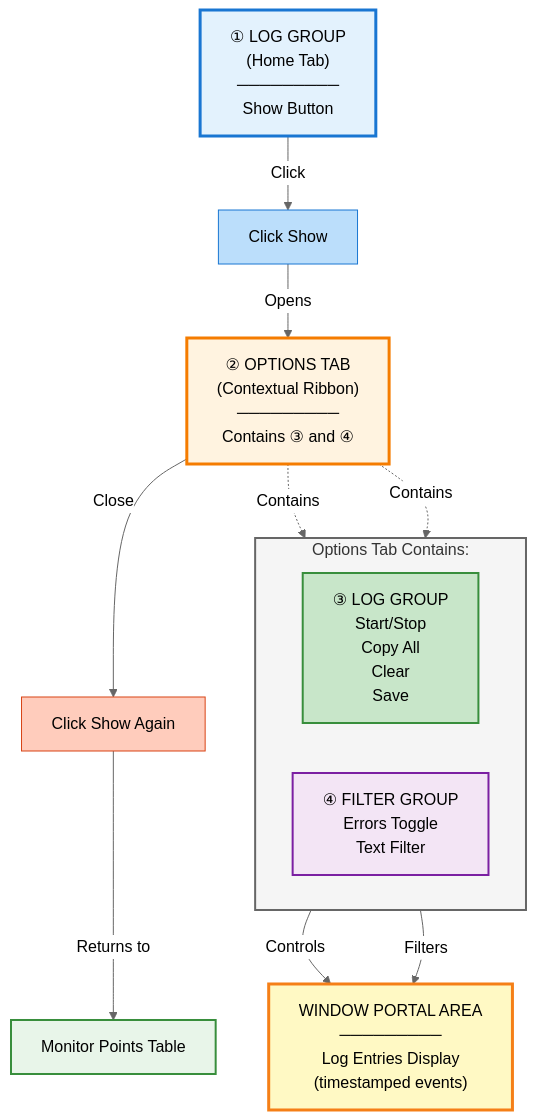
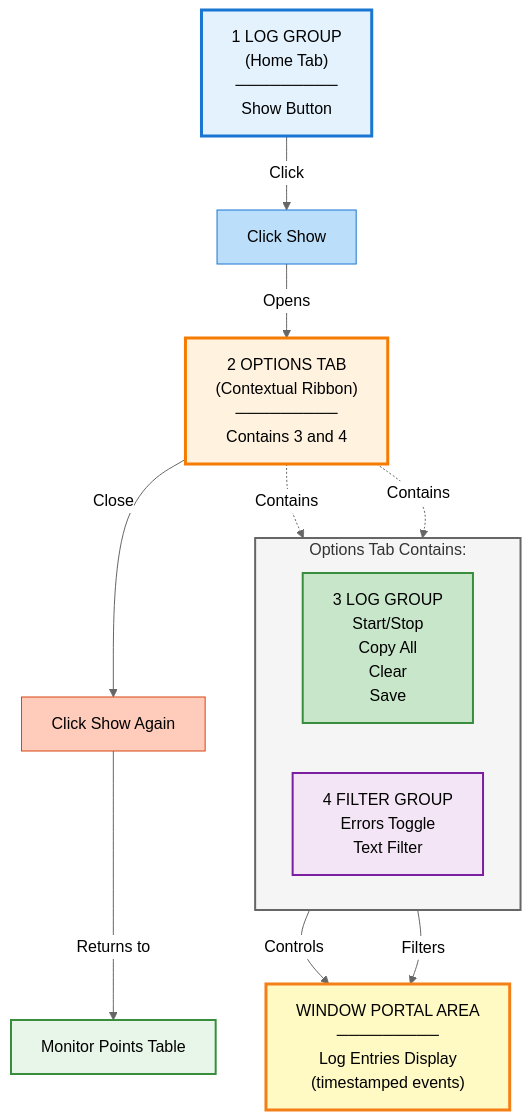
One commit to Modbus-Monitor/docs changed the fifth of 9 diagrams in docs/products/xpf/user-guide.md. Above: the diagram before and after it, drawn with Mermaid (neutral theme). The commit also changed other lines of this file, not shown here.

Commit message:
logging group done

````diff
--- a/docs/products/xpf/user-guide.md
+++ b/docs/products/xpf/user-guide.md
@@ -1382,38 +1382,38 @@
 ```mermaid
 graph TB
-    HOME["① LOG GROUP<br/>(Home Tab)<br/>─────────<br/>Show Button"]
+    HOME["1 LOG GROUP<br/>(Home Tab)<br/>─────────<br/>Show Button"]
     
     CLICK1[" Click Show "]
     
-    OPTIONS["② OPTIONS TAB<br/>(Contextual Ribbon)<br/>─────────<br/>Contains ③ and ④"]
+    OPTIONS["2 OPTIONS TAB<br/>(Contextual Ribbon)<br/>─────────<br/>Contains 3 and 4"]
     
     subgraph GROUPS["Options Tab Contains:"]
         direction LR
-        LOG["③ LOG GROUP<br/>Start/Stop<br/>Copy All<br/>Clear<br/>Save"]
+        LOG["3 LOG GROUP<br/>Start/Stop<br/>Copy All<br/>Clear<br/>Save"]
         
-        FILTER["④ FILTER GROUP<br/>Errors Toggle<br/>Text Filter"]
+        FILTER["4 FILTER GROUP<br/>Errors Toggle<br/>Text Filter"]
     end
     
     WINDOW["WINDOW PORTAL AREA<br/>─────────<br/>Log Entries Display<br/>(timestamped events)"]
     
     HOME -->|Click| CLICK1
     CLICK1 -->|Opens| OPTIONS
     OPTIONS -.->|Contains| LOG
     OPTIONS -.->|Contains| FILTER
     LOG -->|Controls| WINDOW
     FILTER -->|Filters| WINDOW
     
     CLICK2[" Click Show Again "]
     OPTIONS -->|Close| CLICK2
     CLICK2 -->|Returns to| MONITOR["Monitor Points Table"]
     
     style HOME fill:#e3f2fd,stroke:#1976d2,stroke-width:3px,color:#000
     style OPTIONS fill:#fff3e0,stroke:#f57c00,stroke-width:3px,color:#000
     style LOG fill:#c8e6c9,stroke:#388e3c,stroke-width:2px,color:#000
     style FILTER fill:#f3e5f5,stroke:#7b1fa2,stroke-width:2px,color:#000
     style WINDOW fill:#fff9c4,stroke:#f57f17,stroke-width:3px,color:#000
     style GROUPS fill:#f5f5f5,stroke:#666,stroke-width:2px
     style CLICK1 fill:#bbdefb,stroke:#1976d2,stroke-width:1px
     style CLICK2 fill:#ffccbc,stroke:#d84315,stroke-width:1px
     style MONITOR fill:#e8f5e9,stroke:#388e3c,stroke-width:2px
 ```
````
